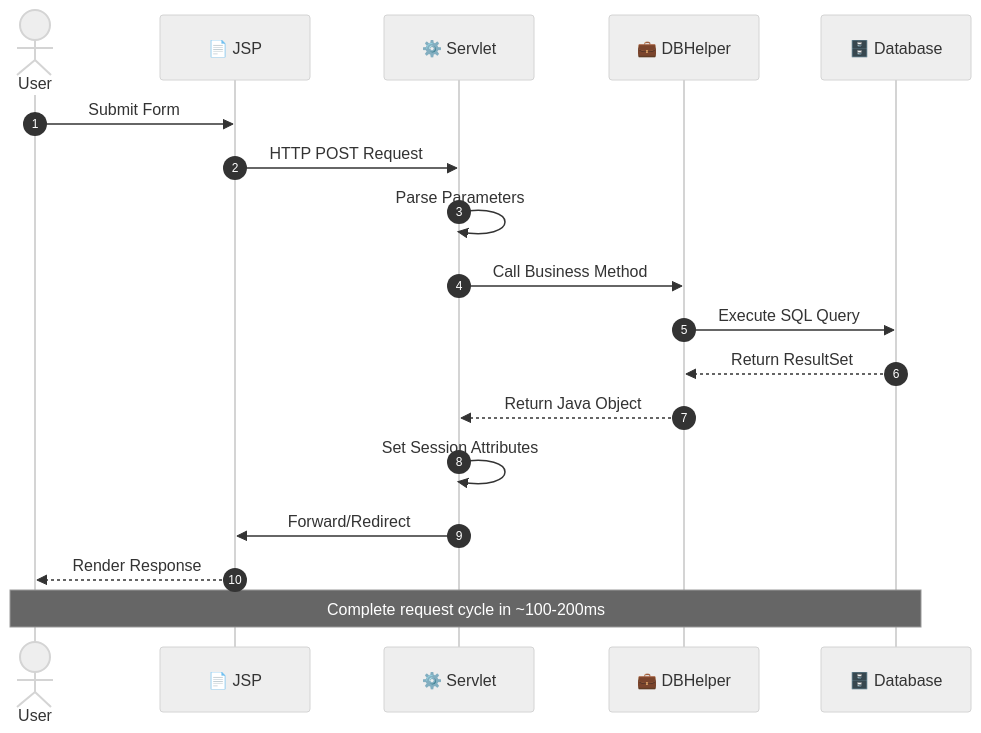
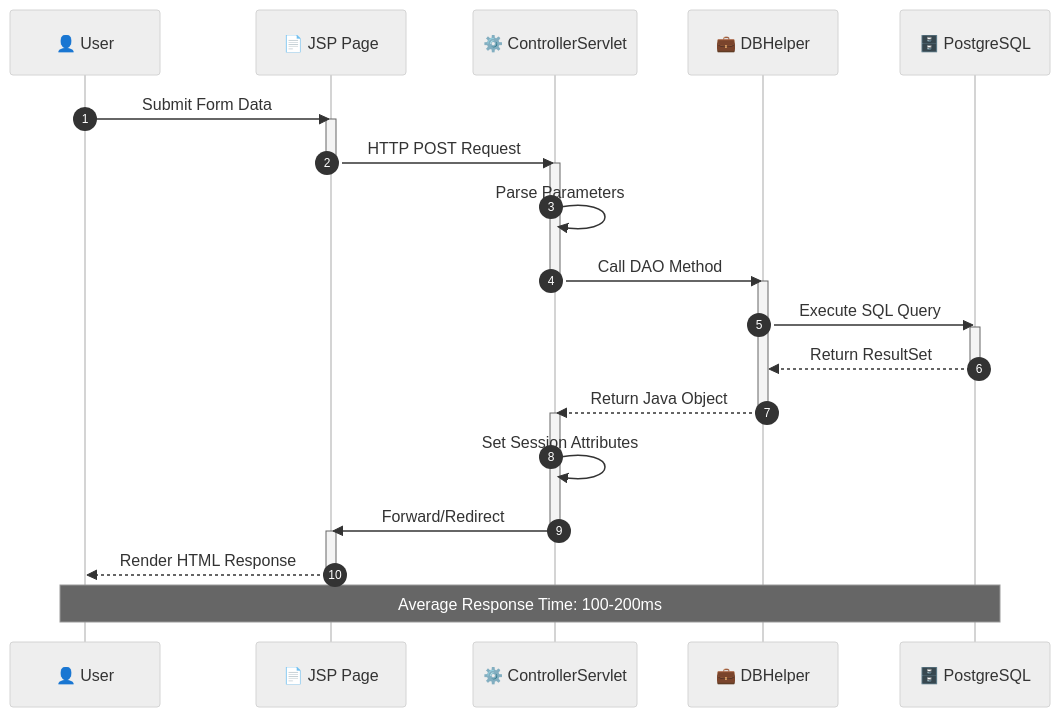
Before and after one commit to kumarpiyushraj/Book-My-Fun: the third of 7 diagrams in README.md, drawn with Mermaid (neutral theme). The commit also changed other lines of this file, not shown here.

First line of the commit message:
Refactor architecture diagrams and update images

````diff
--- a/README.md
+++ b/README.md
@@ -177,22 +191,34 @@
 ```mermaid
 sequenceDiagram
     autonumber
-    actor User
-    participant JSP as 📄 JSP
-    participant Servlet as ⚙️ Servlet
+    participant User as 👤 User
+    participant JSP as 📄 JSP Page
+    participant Servlet as ⚙️ ControllerServlet
     participant DAO as 💼 DBHelper
-    participant DB as 🗄️ Database
+    participant DB as 🗄️ PostgreSQL
     
-    User->>JSP: Submit Form
+    User->>JSP: Submit Form Data
+    activate JSP
     JSP->>Servlet: HTTP POST Request
+    deactivate JSP
+    activate Servlet
     Servlet->>Servlet: Parse Parameters
-    Servlet->>DAO: Call Business Method
+    Servlet->>DAO: Call DAO Method
+    deactivate Servlet
+    activate DAO
     DAO->>DB: Execute SQL Query
+    activate DB
     DB-->>DAO: Return ResultSet
+    deactivate DB
     DAO-->>Servlet: Return Java Object
+    deactivate DAO
+    activate Servlet
     Servlet->>Servlet: Set Session Attributes
     Servlet->>JSP: Forward/Redirect
-    JSP-->>User: Render Response
+    deactivate Servlet
+    activate JSP
+    JSP-->>User: Render HTML Response
+    deactivate JSP
     
-    Note over User,DB: Complete request cycle in ~100-200ms
+    Note over User,DB: Average Response Time: 100-200ms
 ```
````
